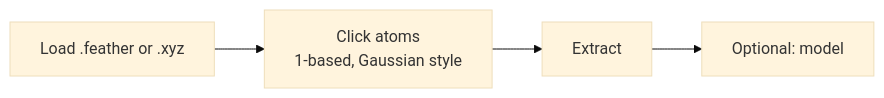
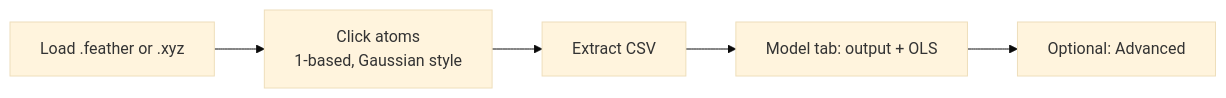
Before and after one commit to Milo-group/DescriPyTor: the second of 2 diagrams in docs/visual-guide.md, drawn with Mermaid (base theme). The commit also changed other lines of this file and 45 other files, not shown here.

````diff
--- a/docs/visual-guide.md
+++ b/docs/visual-guide.md
@@ -52,6 +52,7 @@
 ```mermaid
 flowchart LR
   L["Load .feather or .xyz"] --> C["Click atoms<br/>1-based, Gaussian style"]
-  C --> E["Extract"]
-  E --> M["Optional: model"]
+  C --> E["Extract CSV"]
+  E --> R["Model tab: output + OLS"]
+  R --> M["Optional: Advanced"]
 ```
````
